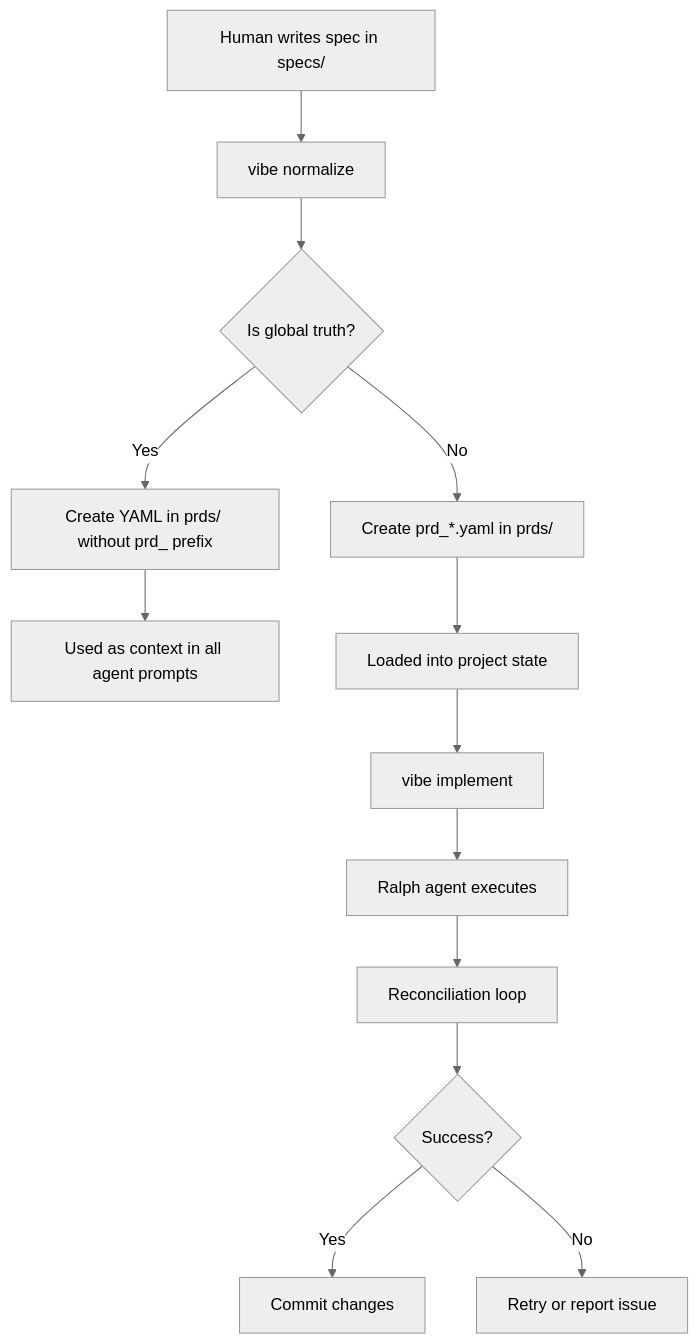
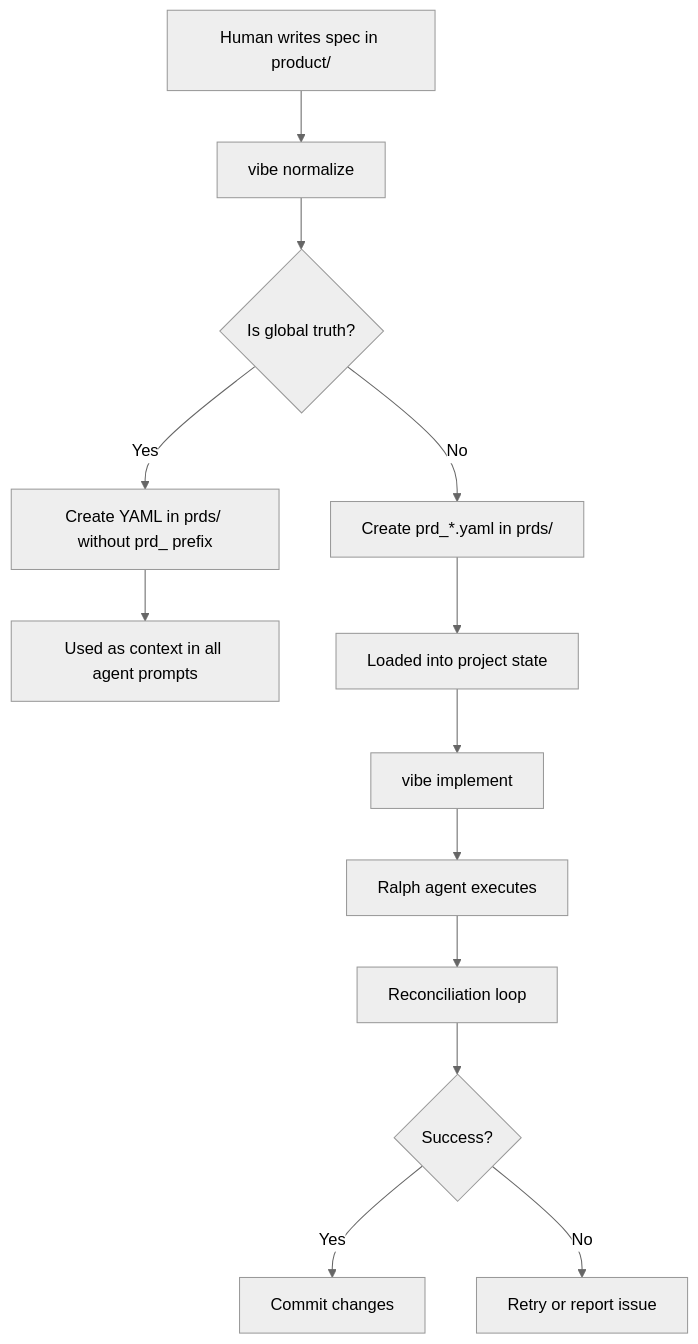
The first of 3 diagrams in docs/02-architecture.md (jmfk/vibe-tools), drawn with Mermaid (neutral theme) before and after one commit. The commit also changed other lines of this file and 95 other files, not shown here.

First line of the commit message:
migrate: rename project to implementation and specs to product

````diff
--- a/docs/02-architecture.md
+++ b/docs/02-architecture.md
@@ -128,15 +128,15 @@
 ```mermaid
 flowchart TD
-    A[Human writes spec in specs/] --> B[vibe normalize]
+    A[Human writes spec in product/] --> B[vibe normalize]
     B --> C{Is global truth?}
     C -->|Yes| D[Create YAML in prds/ without prd_ prefix]
     C -->|No| E[Create prd_*.yaml in prds/]
     D --> F[Used as context in all agent prompts]
     E --> G[Loaded into project state]
     G --> H[vibe implement]
     H --> I[Ralph agent executes]
     I --> J[Reconciliation loop]
     J --> K{Success?}
     K -->|Yes| L[Commit changes]
     K -->|No| M[Retry or report issue]
 ```
````
